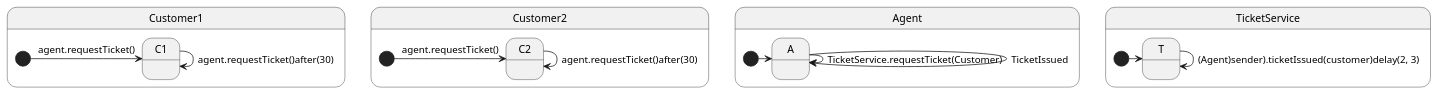
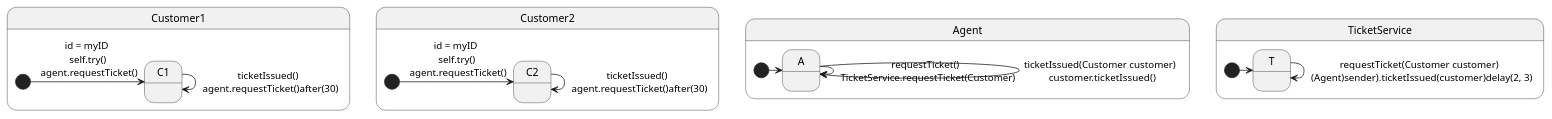
Before and after one commit to gnowin/UML-To-Rebecca-Dataset: the diagram in ModelTranslations/TicketService/TicketService.plantuml, drawn with PlantUML.

Commit message:
Updated ticket service

```diff
--- a/ModelTranslations/TicketService/TicketService.plantuml
+++ b/ModelTranslations/TicketService/TicketService.plantuml
@@ -1,32 +1,32 @@
 @startuml
 hide empty description
 
 state Customer1{
 state C1 : 
 
 
-[*] -> C1 : agent.requestTicket()
-C1 -> C1 : agent.requestTicket()after(30)
+[*] -> C1 : id = myID \n self.try() \n agent.requestTicket()
+C1 -> C1 : ticketIssued() \n agent.requestTicket()after(30)
 }
 
 state Customer2{
 state C2 : 
 
 
-[*] -> C2 : agent.requestTicket()
-C2 -> C2 : agent.requestTicket()after(30)
+[*] -> C2 : id = myID \n self.try() \n agent.requestTicket()
+C2 -> C2 : ticketIssued() \n agent.requestTicket()after(30)
 }
 
 state Agent{
 state A :
 [*] -> A
-A -> A : TicketService.requestTicket(Customer)
-A -> A : TicketIssued
+A -> A : requestTicket() \n TicketService.requestTicket(Customer)
+A -> A : ticketIssued(Customer customer) \n customer.ticketIssued()
 }
 
 state TicketService{
 state T :
 [*] -> T
-T -> T : (Agent)sender).ticketIssued(customer)delay(2, 3)
+T -> T : requestTicket(Customer customer) \n (Agent)sender).ticketIssued(customer)delay(2, 3)
 }
 @enduml
```
